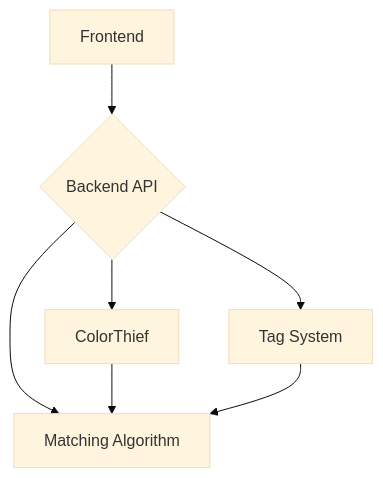
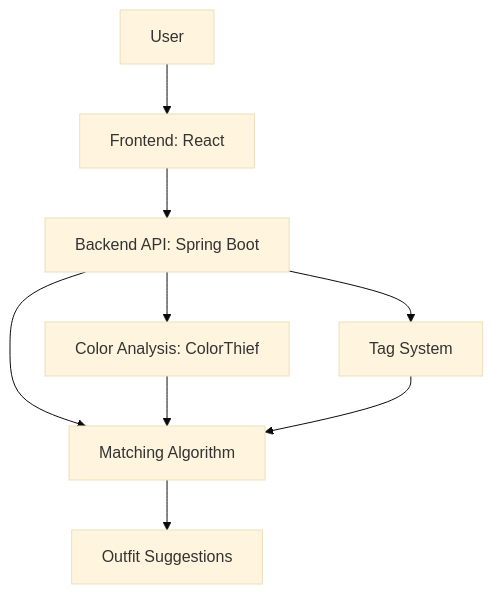
Before and after one commit to NNewbauer/3300OutfitPicker: the first of 3 diagrams in README.md, drawn with Mermaid (base theme). The commit also changed other lines of this file, not shown here.

````diff
--- a/README.md
+++ b/README.md
@@ -118,9 +84,11 @@
 ```mermaid
 flowchart TD
-	Frontend --> API{Backend API}
-	API --> ColorThief[ColorThief]
-	API --> TagSystem[Tag System]
-	API --> MatchingAlgorithm[Matching Algorithm]
-	ColorThief --> MatchingAlgorithm
-	TagSystem --> MatchingAlgorithm
+    User --> Frontend[Frontend: React]
+    Frontend --> API[Backend API: Spring Boot]
+    API --> ColorThief[Color Analysis: ColorThief]
+    API --> MatchingAlgorithm[Matching Algorithm]
+    API --> TagSystem[Tag System]
+    ColorThief --> MatchingAlgorithm
+    TagSystem --> MatchingAlgorithm
+    MatchingAlgorithm --> OutfitSuggestions[Outfit Suggestions]
 ```
````
